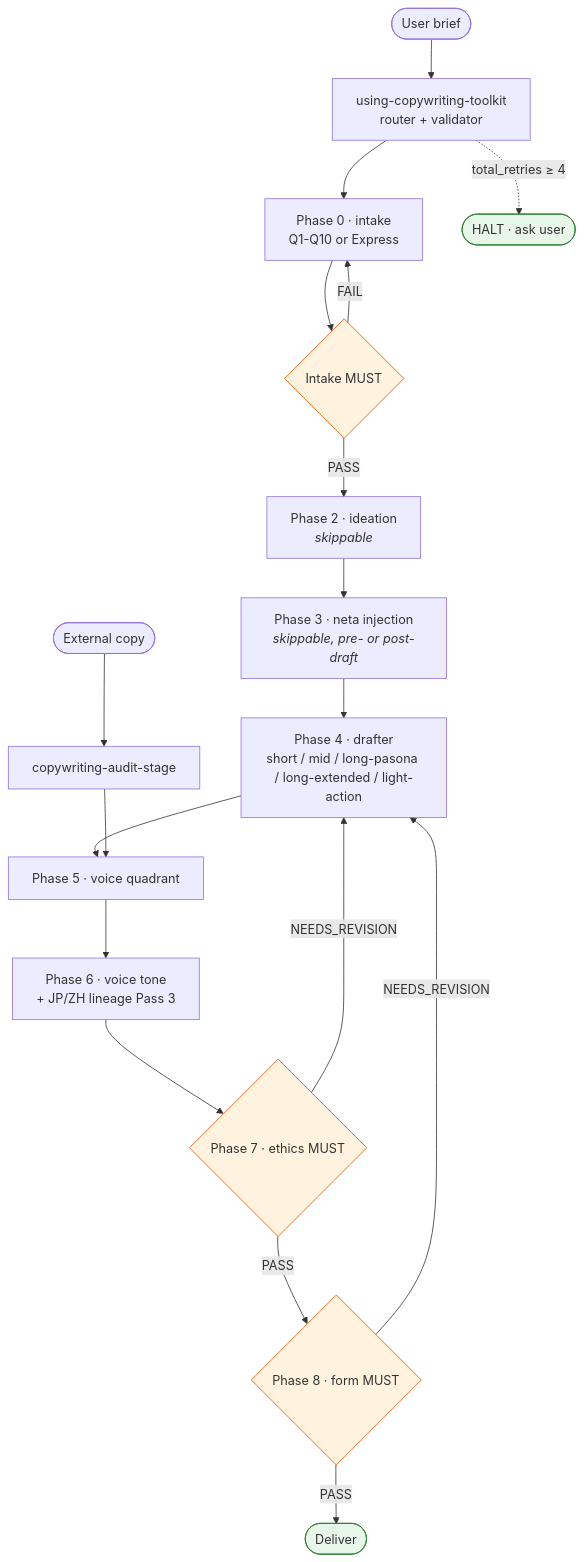
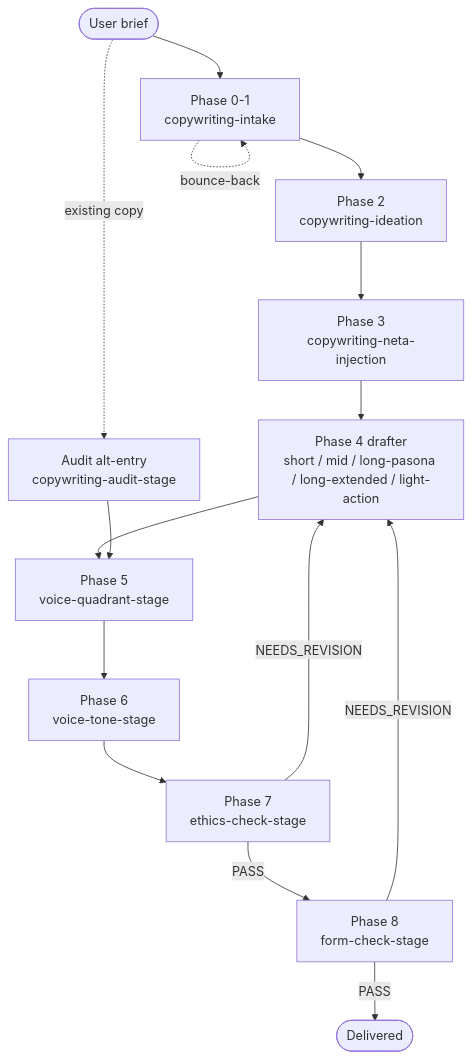
Before and after one commit to kouko/monkey-skills: the diagram in copywriting-toolkit/README.md, drawn with Mermaid. The commit also changed other lines of this file and 26 other files, not shown here.

````diff
--- a/copywriting-toolkit/README.md
+++ b/copywriting-toolkit/README.md
@@ -42,28 +43,17 @@
 ```mermaid
 flowchart TD
-    Start([User brief]) --> Router[using-copywriting-toolkit<br/>router + validator]
-    Alt([External copy]) --> Audit[copywriting-audit-stage]
-
-    Router --> P0[Phase 0 · intake<br/>Q1-Q10 or Express]
-    P0 --> G0{Intake MUST}
-    G0 -->|PASS| P2[Phase 2 · ideation<br/><i>skippable</i>]
-    G0 -->|FAIL| P0
-    P2 --> P3[Phase 3 · neta injection<br/><i>skippable, pre- or post-draft</i>]
-    P3 --> P4[Phase 4 · drafter<br/>short / mid / long-pasona / long-extended / light-action]
-    P4 --> P5[Phase 5 · voice quadrant]
-    P5 --> P6[Phase 6 · voice tone<br/>+ JP/ZH lineage Pass 3]
-    P6 --> P7{Phase 7 · ethics MUST}
-    P7 -->|PASS| P8{Phase 8 · form MUST}
-    P7 -->|NEEDS_REVISION| P4
-    P8 -->|PASS| Deliver([Deliver])
-    P8 -->|NEEDS_REVISION| P4
-
-    Audit --> P5
-
-    Router -.->|total_retries ≥ 4| Halt([HALT · ask user])
-
-    classDef gate fill:#fff3e0,stroke:#e65100
-    classDef exit fill:#e8f5e9,stroke:#2e7d32
-    class G0,P7,P8 gate
-    class Deliver,Halt exit
+    R([User brief]) --> I[Phase 0-1<br/>copywriting-intake]
+    R -. existing copy .-> A[Audit alt-entry<br/>copywriting-audit-stage]
+    I --> ID[Phase 2<br/>copywriting-ideation]
+    ID --> N[Phase 3<br/>copywriting-neta-injection]
+    N --> D[Phase 4 drafter<br/>short / mid / long-pasona / long-extended / light-action]
+    D --> VQ[Phase 5<br/>voice-quadrant-stage]
+    VQ --> VT[Phase 6<br/>voice-tone-stage]
+    VT --> E[Phase 7<br/>ethics-check-stage]
+    E -- NEEDS_REVISION --> D
+    E -- PASS --> F[Phase 8<br/>form-check-stage]
+    F -- NEEDS_REVISION --> D
+    F -- PASS --> OUT([Delivered])
+    A --> VQ
+    I -. bounce-back .-> I
 ```
````
